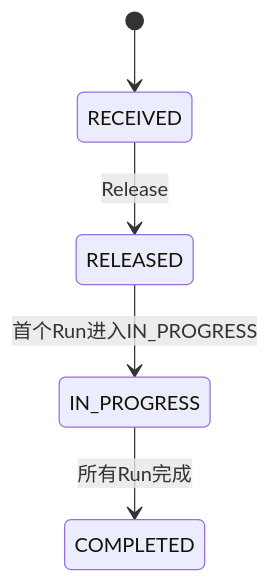
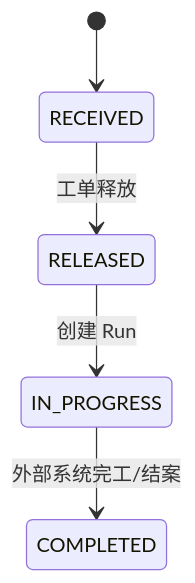
Before and after one commit to catoncat/better: the first of 3 diagrams in domain_docs/mes/spec/process/02_state_machines.md, drawn with Mermaid. The commit also changed other lines of this file and 22 other files, not shown here.

First line of the commit message:
- Flow 文档已保持“流程图 + 说明 + References”，去掉了 Legend/State Reference 等混入内容，并把节

````diff
--- a/domain_docs/mes/spec/process/02_state_machines.md
+++ b/domain_docs/mes/spec/process/02_state_machines.md
@@ -19,7 +5,7 @@
 ```mermaid
 stateDiagram-v2
   [*] --> RECEIVED
-  RECEIVED --> RELEASED: Release
-  RELEASED --> IN_PROGRESS: 首个Run进入IN_PROGRESS
-  IN_PROGRESS --> COMPLETED: 所有Run完成
+  RECEIVED --> RELEASED: 工单释放
+  RELEASED --> IN_PROGRESS: 创建 Run
+  IN_PROGRESS --> COMPLETED: 外部系统完工/结案
 ```
````
